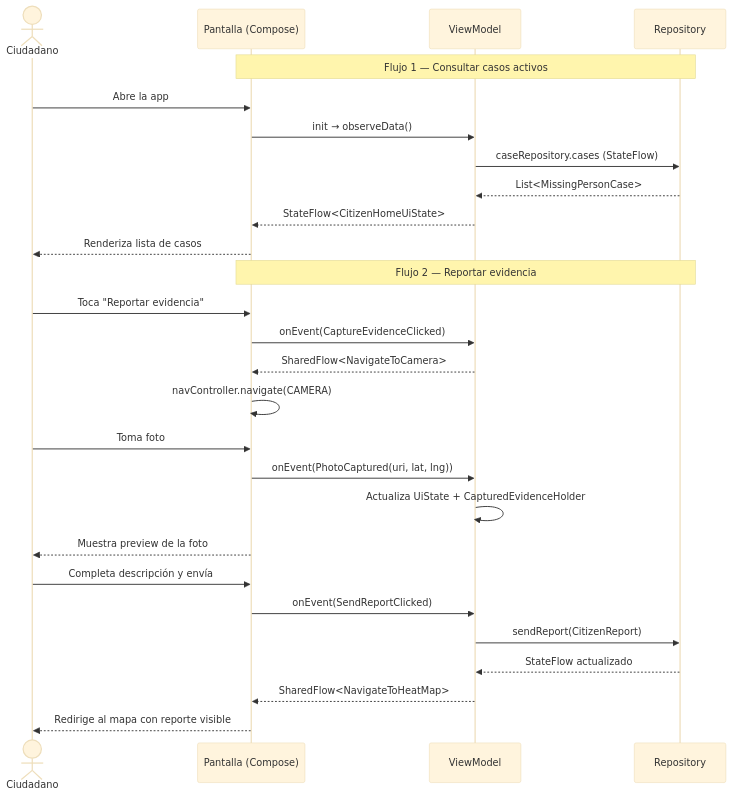
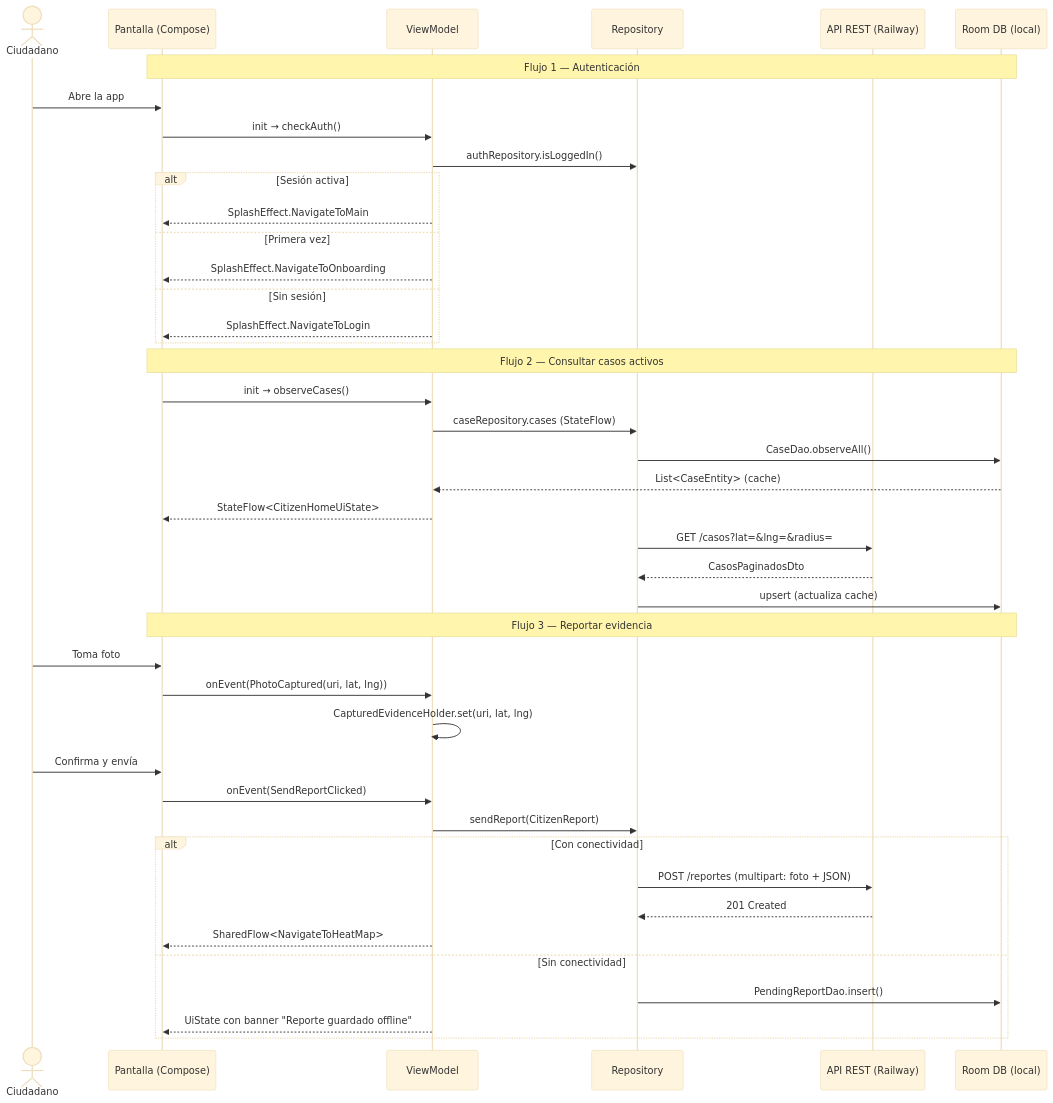
Before and after one commit to bcapriz/Trobat: the second of 2 diagrams in README.md, drawn with Mermaid (base theme). The commit also changed other lines of this file, not shown here.

````diff
--- a/README.md
+++ b/README.md
@@ -55,31 +83,47 @@
 ```mermaid
 sequenceDiagram
     actor Ciudadano
     participant Screen  as Pantalla (Compose)
     participant VM      as ViewModel
     participant Repo    as Repository
+    participant API     as API REST (Railway)
+    participant Room    as Room DB (local)
 
-    Note over Screen,Repo: Flujo 1 — Consultar casos activos
+    Note over Screen,Room: Flujo 1 — Autenticación
     Ciudadano->>Screen: Abre la app
-    Screen->>VM: init → observeData()
+    Screen->>VM: init → checkAuth()
+    VM->>Repo: authRepository.isLoggedIn()
+    alt Sesión activa
+        VM-->>Screen: SplashEffect.NavigateToMain
+    else Primera vez
+        VM-->>Screen: SplashEffect.NavigateToOnboarding
+    else Sin sesión
+        VM-->>Screen: SplashEffect.NavigateToLogin
+    end
+
+    Note over Screen,Room: Flujo 2 — Consultar casos activos
+    Screen->>VM: init → observeCases()
     VM->>Repo: caseRepository.cases (StateFlow)
-    Repo-->>VM: List<MissingPersonCase>
+    Repo->>Room: CaseDao.observeAll()
+    Room-->>VM: List<CaseEntity> (cache)
     VM-->>Screen: StateFlow<CitizenHomeUiState>
-    Screen-->>Ciudadano: Renderiza lista de casos
+    Repo->>API: GET /casos?lat=&lng=&radius=
+    API-->>Repo: CasosPaginadosDto
+    Repo->>Room: upsert (actualiza cache)
 
-    Note over Screen,Repo: Flujo 2 — Reportar evidencia
-    Ciudadano->>Screen: Toca "Reportar evidencia"
-    Screen->>VM: onEvent(CaptureEvidenceClicked)
-    VM-->>Screen: SharedFlow<NavigateToCamera>
-    Screen->>Screen: navController.navigate(CAMERA)
+    Note over Screen,Room: Flujo 3 — Reportar evidencia
     Ciudadano->>Screen: Toma foto
     Screen->>VM: onEvent(PhotoCaptured(uri, lat, lng))
-    VM->>VM: Actualiza UiState + CapturedEvidenceHolder
-    Screen-->>Ciudadano: Muestra preview de la foto
-    Ciudadano->>Screen: Completa descripción y envía
+    VM->>VM: CapturedEvidenceHolder.set(uri, lat, lng)
+    Ciudadano->>Screen: Confirma y envía
     Screen->>VM: onEvent(SendReportClicked)
     VM->>Repo: sendReport(CitizenReport)
-    Repo-->>VM: StateFlow actualizado
-    VM-->>Screen: SharedFlow<NavigateToHeatMap>
-    Screen-->>Ciudadano: Redirige al mapa con reporte visible
+    alt Con conectividad
+        Repo->>API: POST /reportes (multipart: foto + JSON)
+        API-->>Repo: 201 Created
+        VM-->>Screen: SharedFlow<NavigateToHeatMap>
+    else Sin conectividad
+        Repo->>Room: PendingReportDao.insert()
+        VM-->>Screen: UiState con banner "Reporte guardado offline"
+    end
 ```
````
